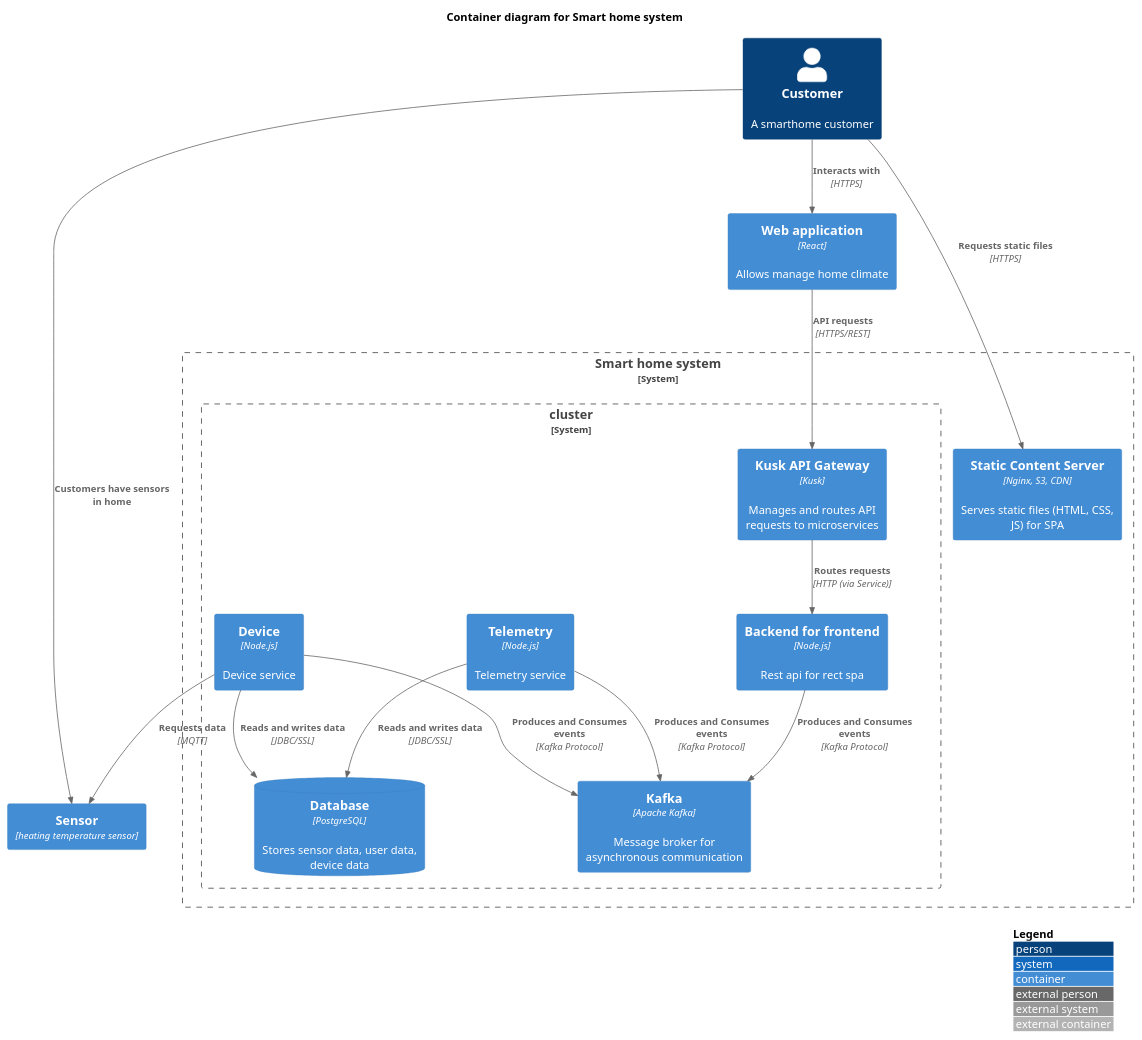
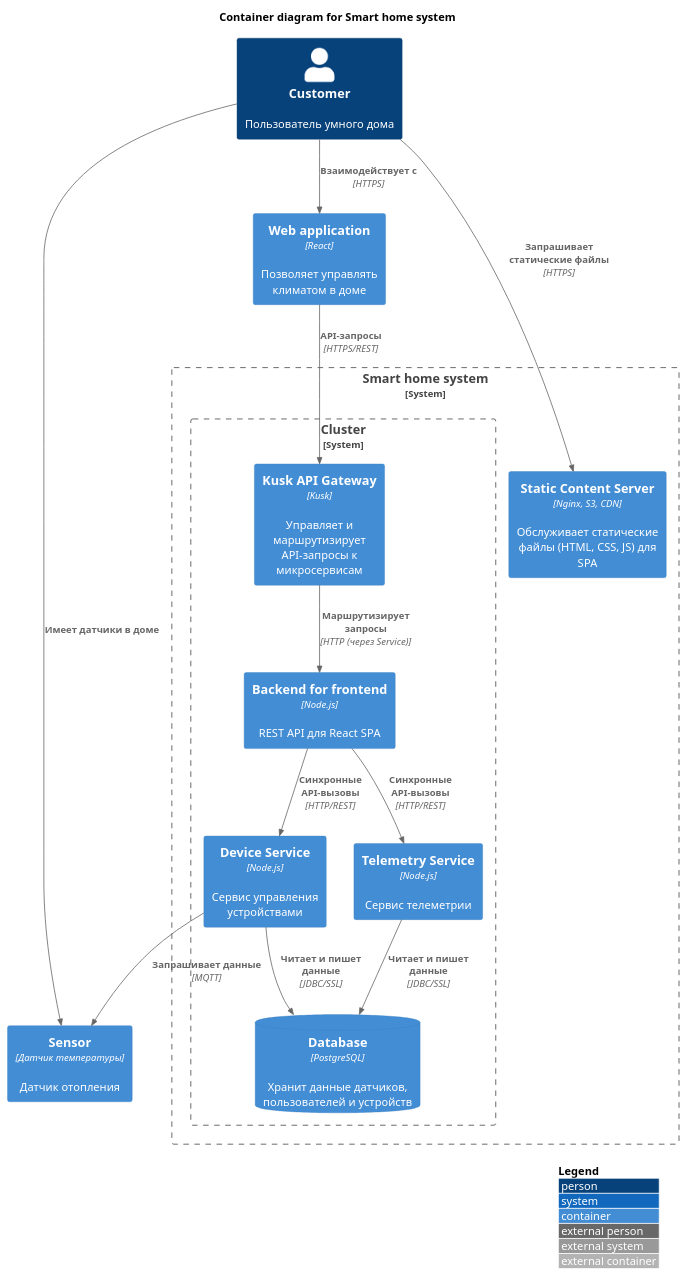
One commit to Winte256/architecture-3 changed the diagram in solution/diagrams/containers-diagram.puml. Above: the diagram before and after it, drawn with PlantUML. The commit also changed 15 other files, not shown here.

```diff
--- a/solution/diagrams/containers-diagram.puml
+++ b/solution/diagrams/containers-diagram.puml
@@ -1,49 +1,46 @@
 @startuml
 
 !include https://raw.githubusercontent.com/plantuml-stdlib/C4-PlantUML/master/C4_Container.puml
 
 LAYOUT_WITH_LEGEND()
 
 title Container diagram for Smart home system
 
-Person(customer, "Customer", "A smarthome customer")
+Person(customer, "Customer", "Пользователь умного дома")
   
-Container(sensor, "Sensor", "heating temperature sensor")
-Container(webApp, "Web application", "React", "Allows manage home climate")
+Container(sensor, "Sensor", "Датчик температуры", "Датчик отопления")
+Container(webApp, "Web application", "React", "Позволяет управлять климатом в доме")
 
 System_Boundary(c1, "Smart home system") {
   
-  Container(staticServer, "Static Content Server", "Nginx, S3, CDN", "Serves static files (HTML, CSS, JS) for SPA")
+  Container(staticServer, "Static Content Server", "Nginx, S3, CDN", "Обслуживает статические файлы (HTML, CSS, JS) для SPA")
 
-  System_Boundary(c2, "cluster") {
+  System_Boundary(c2, "Cluster") {
     
-    Container(bff, "Backend for frontend", "Node.js", "Rest api for rect spa")
-    Container(telemetry, "Telemetry", "Node.js", "Telemetry service")
-    Container(device, "Device", "Node.js", "Device service")
+    Container(bff, "Backend for frontend", "Node.js", "REST API для React SPA")
+    Container(telemetry, "Telemetry Service", "Node.js", "Сервис телеметрии")
+    Container(device, "Device Service", "Node.js", "Сервис управления устройствами")
 
-    Container(kuskGateway, "Kusk API Gateway", "Kusk", "Manages and routes API requests to microservices")
+    Container(kuskGateway, "Kusk API Gateway", "Kusk", "Управляет и маршрутизирует API-запросы к микросервисам")
     
-    Container(kafka, "Kafka", "Apache Kafka", "Message broker for asynchronous communication")
-    ContainerDb(db, "Database", "PostgreSQL", "Stores sensor data, user data, device data")
+    ContainerDb(db, "Database", "PostgreSQL", "Хранит данные датчиков, пользователей и устройств")
   }
 }
 
-Rel(customer, staticServer, "Requests static files", "HTTPS")
-Rel(customer, webApp, "Interacts with", "HTTPS")
-Rel(customer, sensor, "Customers have sensors in home")
+Rel(customer, staticServer, "Запрашивает статические файлы", "HTTPS")
+Rel(customer, webApp, "Взаимодействует с", "HTTPS")
+Rel(customer, sensor, "Имеет датчики в доме")
 
-Rel(webApp, kuskGateway, "API requests", "HTTPS/REST")
+Rel(webApp, kuskGateway, "API-запросы", "HTTPS/REST")
 
-Rel(kuskGateway, bff, "Routes requests", "HTTP (via Service)")
+Rel(kuskGateway, bff, "Маршрутизирует запросы", "HTTP (через Service)")
 
-Rel(telemetry, db, "Reads and writes data", "JDBC/SSL")
-Rel(device, db, "Reads and writes data", "JDBC/SSL")
+Rel(bff, telemetry, "Синхронные API-вызовы", "HTTP/REST")
+Rel(bff, device, "Синхронные API-вызовы", "HTTP/REST")
 
-Rel(bff, kafka, "Produces and Consumes events", "Kafka Protocol")
-Rel(telemetry, kafka, "Produces and Consumes events", "Kafka Protocol")
-Rel(device, kafka, "Produces and Consumes events", "Kafka Protocol")
+Rel(telemetry, db, "Читает и пишет данные", "JDBC/SSL")
+Rel(device, db, "Читает и пишет данные", "JDBC/SSL")
 
-Rel(device, sensor, "Requests data", "MQTT")
-
+Rel(device, sensor, "Запрашивает данные", "MQTT")
 
 @enduml
```
